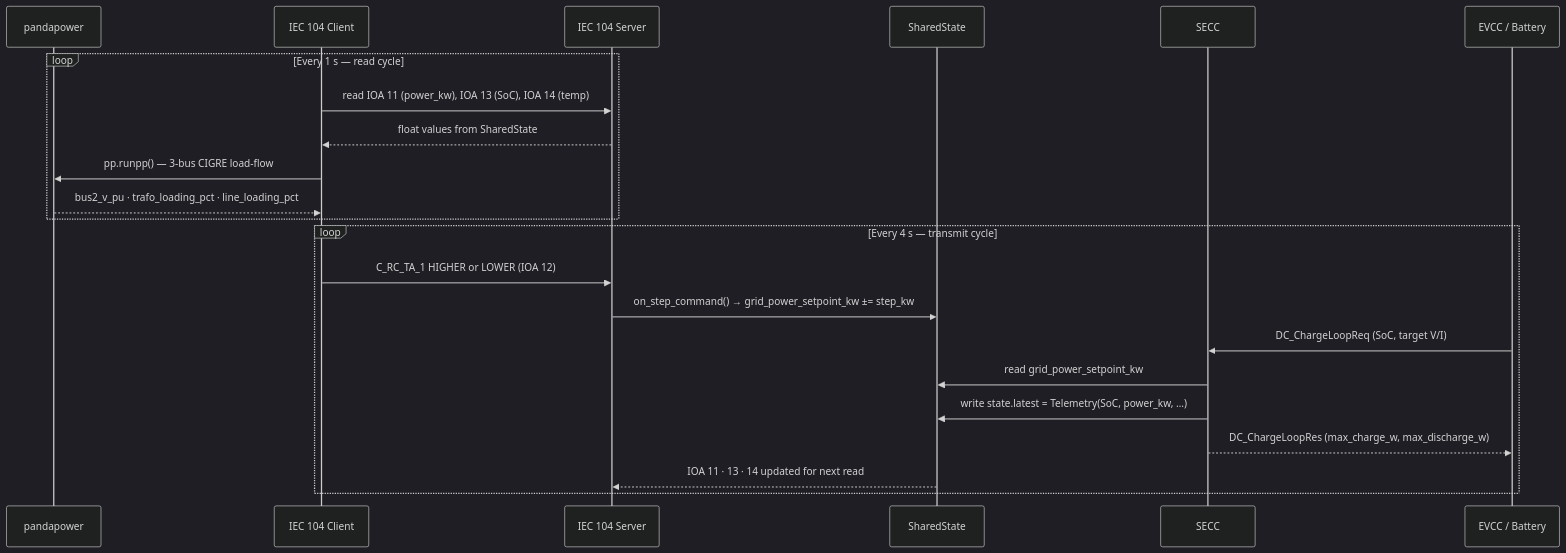
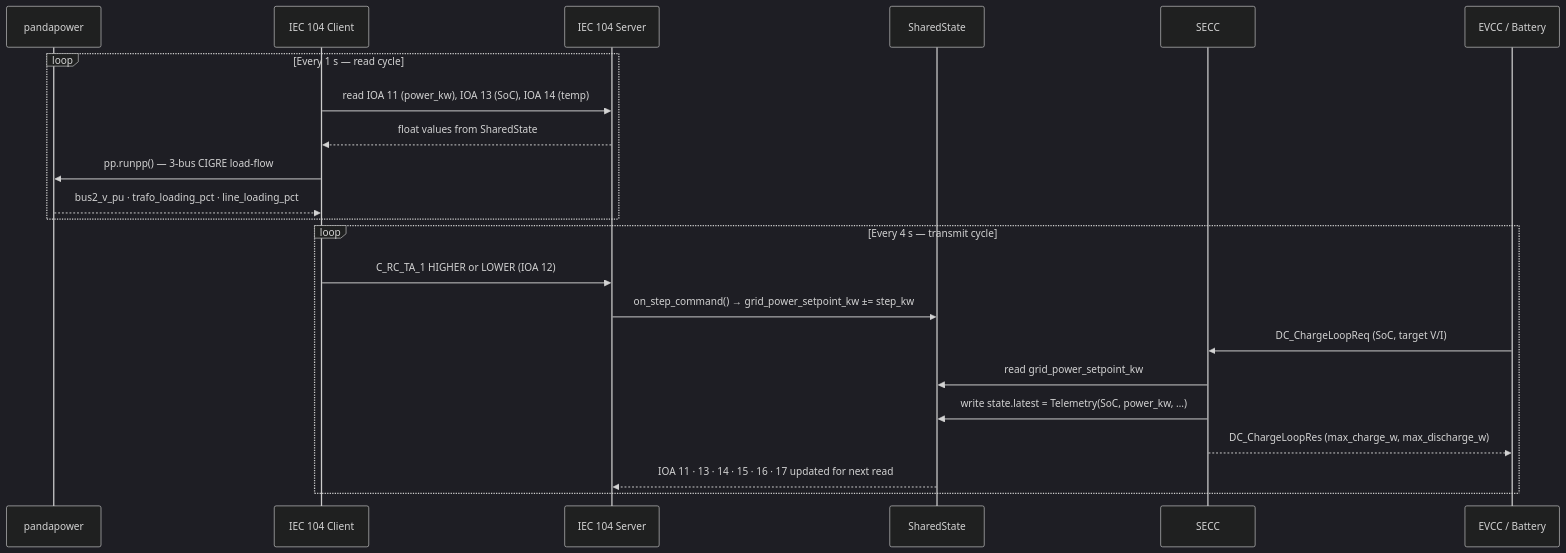
One commit to theteapot01/UoL_V2G changed the third of 3 diagrams in README.md. Above: the diagram before and after it, drawn with Mermaid (dark theme). The commit also changed other lines of this file and 15 other files, not shown here.

````diff
--- a/README.md
+++ b/README.md
@@ -210,26 +242,26 @@
 ```mermaid
 sequenceDiagram
     participant PP as pandapower
     participant IC as IEC 104 Client
     participant IS as IEC 104 Server
     participant SS as SharedState
     participant SC as SECC
     participant EV as EVCC / Battery
 
     loop Every 1 s — read cycle
         IC->>IS: read IOA 11 (power_kw), IOA 13 (SoC), IOA 14 (temp)
         IS-->>IC: float values from SharedState
         IC->>PP: pp.runpp() — 3-bus CIGRE load-flow
         PP-->>IC: bus2_v_pu · trafo_loading_pct · line_loading_pct
     end
 
     loop Every 4 s — transmit cycle
         IC->>IS: C_RC_TA_1  HIGHER or LOWER  (IOA 12)
         IS->>SS: on_step_command() → grid_power_setpoint_kw ±= step_kw
         EV->>SC: DC_ChargeLoopReq (SoC, target V/I)
         SC->>SS: read grid_power_setpoint_kw
         SC->>SS: write state.latest = Telemetry(SoC, power_kw, …)
         SC-->>EV: DC_ChargeLoopRes (max_charge_w, max_discharge_w)
-        SS-->>IS: IOA 11 · 13 · 14 updated for next read
+        SS-->>IS: IOA 11 · 13 · 14 · 15 · 16 · 17 updated for next read
     end
 ```
````
